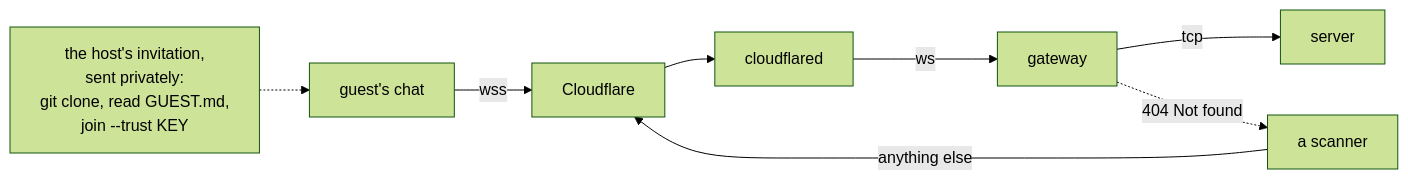
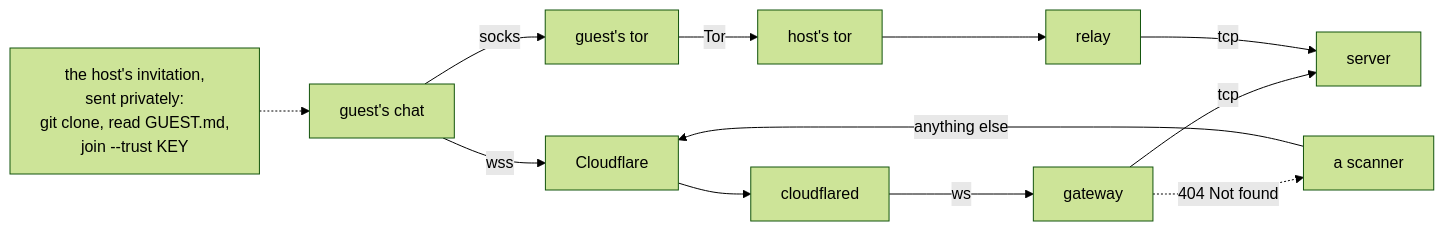
One commit to salihmarangoz/inter-agent-comm changed the seventh of 7 diagrams in docs/HOW_IT_WORKS.md. Above: the diagram before and after it, drawn with Mermaid (forest theme). The commit also changed other lines of this file and 21 other files, not shown here.

````diff
--- a/docs/HOW_IT_WORKS.md
+++ b/docs/HOW_IT_WORKS.md
@@ -147,7 +150,8 @@
 ```mermaid
 flowchart LR
     inv["the host's invitation,<br/>sent privately:<br/>git clone, read GUEST.md,<br/>join --trust KEY"] -.-> g
     g["guest's chat"] -- "wss" --> cf["Cloudflare"] --> cd["cloudflared"] -- "ws" --> gw["gateway"] -- "tcp" --> s["server"]
+    g -- "socks" --> gt["guest's tor"] -- "Tor" --> ht["host's tor"] --> r["relay"] -- "tcp" --> s
     x["a scanner"] -- "anything else" --> cf
     gw -. "404 Not found" .-> x
 ```
````
